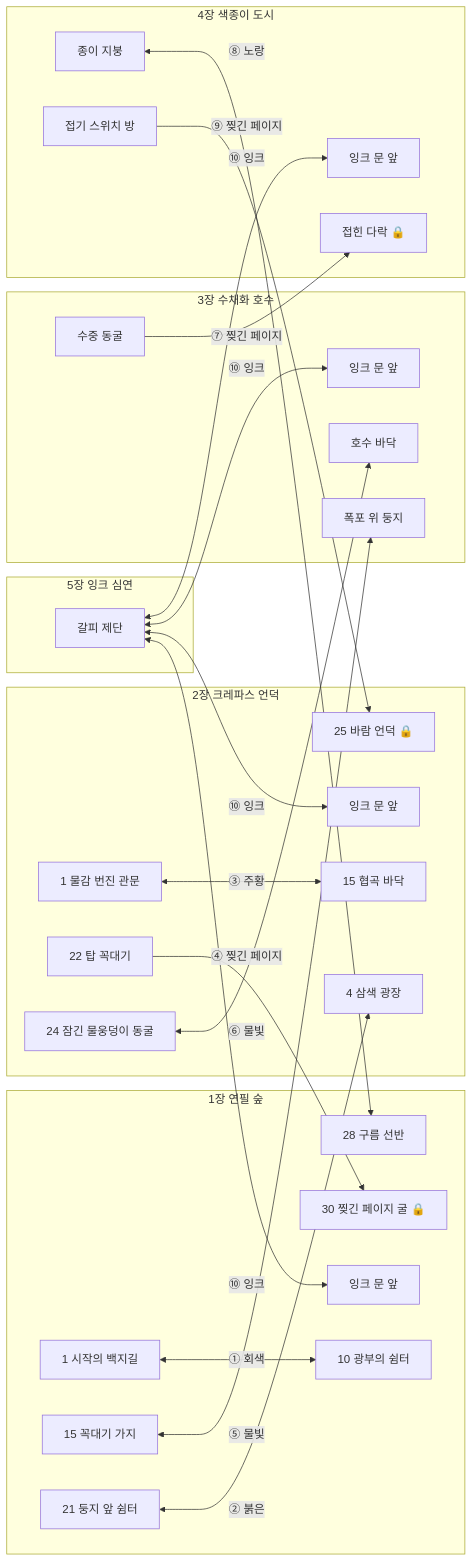
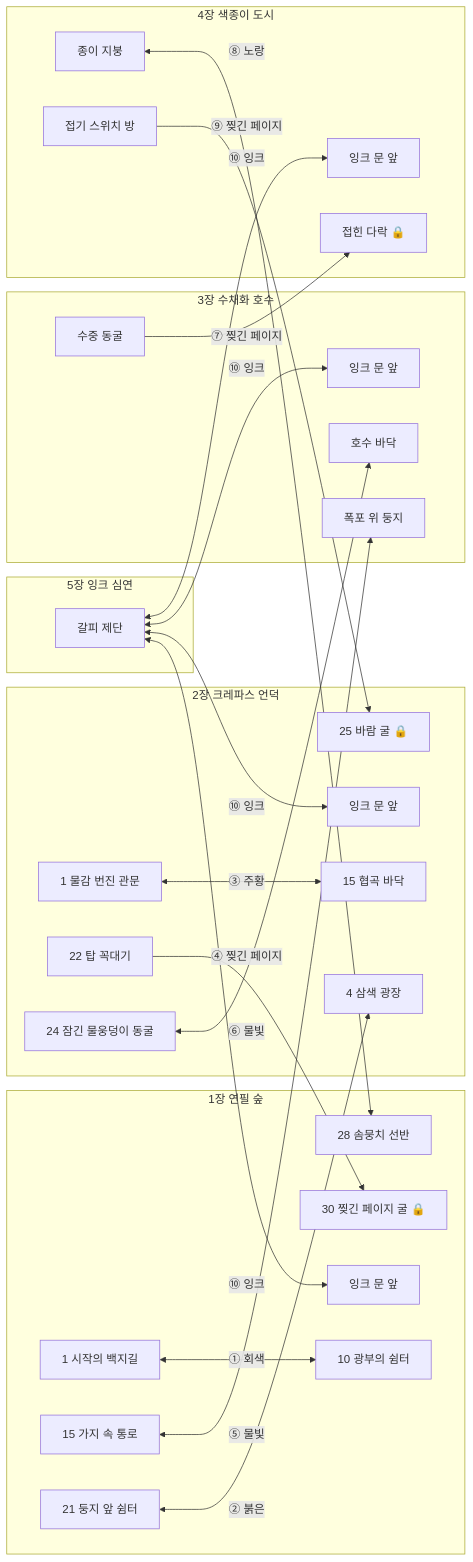
One commit to lde0707/Unfinished-Sketchbook changed the diagram in Docs/15_책갈피_이동.md. Above: the diagram before and after it, drawn with Mermaid. The commit also changed other lines of this file and 31 other files, not shown here.

````diff
--- a/Docs/15_책갈피_이동.md
+++ b/Docs/15_책갈피_이동.md
@@ -30,49 +30,49 @@
 ```mermaid
 flowchart LR
   subgraph C1["1장 연필 숲"]
     A1["1 시작의 백지길"]
     A10["10 광부의 쉼터"]
-    A15["15 꼭대기 가지"]
+    A15["15 가지 속 통로"]
     A21["21 둥지 앞 쉼터"]
-    A28["28 구름 선반"]
+    A28["28 솜뭉치 선반"]
     A30["30 찢긴 페이지 굴 🔒"]
     A1i["잉크 문 앞"]
   end
   subgraph C2["2장 크레파스 언덕"]
     B1["1 물감 번진 관문"]
     B4["4 삼색 광장"]
     B15["15 협곡 바닥"]
     B22["22 탑 꼭대기"]
     B24["24 잠긴 물웅덩이 동굴"]
-    B25["25 바람 언덕 🔒"]
+    B25["25 바람 굴 🔒"]
     B2i["잉크 문 앞"]
   end
   subgraph C3["3장 수채화 호수"]
     C3a["폭포 위 둥지"]
     C3b["호수 바닥"]
     C3c["수중 동굴"]
     C3i["잉크 문 앞"]
   end
   subgraph C4["4장 색종이 도시"]
     D4a["접힌 다락 🔒"]
     D4b["종이 지붕"]
     D4c["접기 스위치 방"]
     D4i["잉크 문 앞"]
   end
   subgraph C5["5장 잉크 심연"]
     E5["갈피 제단"]
   end
   A1 <-->|"① 회색"| A10
   A21 <-->|"② 붉은"| B4
   B1 <-->|"③ 주황"| B15
   B22 -->|"④ 찢긴 페이지"| A30
   A15 <-->|"⑤ 물빛"| C3a
   B24 <-->|"⑥ 물빛"| C3b
   C3c -->|"⑦ 찢긴 페이지"| D4a
   D4b <-->|"⑧ 노랑"| A28
   D4c -->|"⑨ 찢긴 페이지"| B25
   E5 <-->|"⑩ 잉크"| A1i
   E5 <-->|"⑩ 잉크"| B2i
   E5 <-->|"⑩ 잉크"| C3i
   E5 <-->|"⑩ 잉크"| D4i
 ```
````
